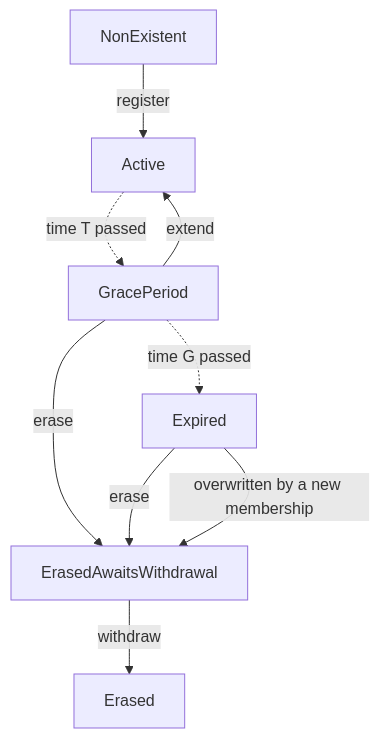
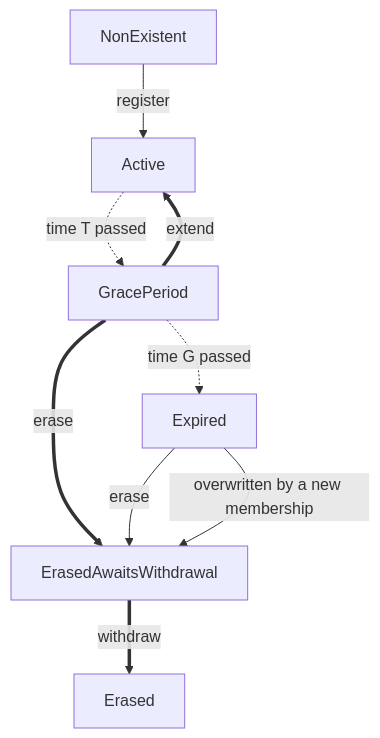
The diagram in standards/core/rln-contract.md (waku-org/specs), drawn with Mermaid before and after one commit. The commit also changed other lines of this file, not shown here.

Commit message:
clarify types of state transitions in the diagram

````diff
--- a/standards/core/rln-contract.md
+++ b/standards/core/rln-contract.md
@@ -90,12 +90,12 @@
 ```mermaid
 graph TD;
     NonExistent --> |"register"| Active;
     Active -.-> |"time T passed"| GracePeriod;
-    GracePeriod --> |"extend"| Active;
+    GracePeriod ==> |"extend"| Active;
     GracePeriod -.-> |"time G passed"| Expired;
-    GracePeriod --> |"erase"| ErasedAwaitsWithdrawal;
+    GracePeriod ==> |"erase"| ErasedAwaitsWithdrawal;
     Expired --> |"erase"| ErasedAwaitsWithdrawal;
     Expired --> |"overwritten by a new membership"| ErasedAwaitsWithdrawal;
-    ErasedAwaitsWithdrawal --> |"withdraw"| Erased;
+    ErasedAwaitsWithdrawal ==> |"withdraw"| Erased;
 
 ```
````
